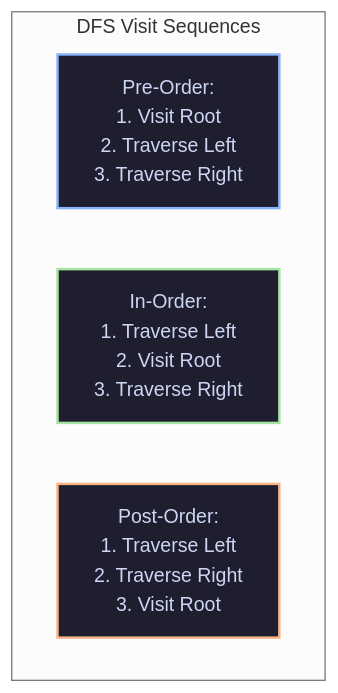
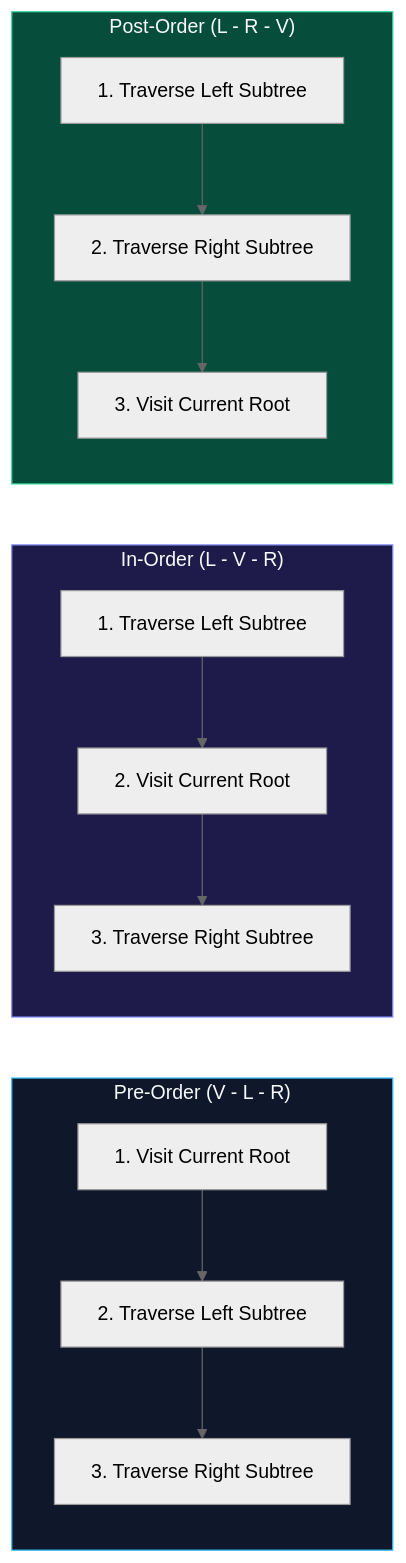
Before and after one commit to 1345AbhishekKumar/cs-cookbook: the fifth of 10 diagrams in content/docs/dsa/02-trees-heaps-and-core-patterns/01-binary-trees-and-traversals.mdx, drawn with Mermaid (neutral theme). The commit also changed other lines of this file and 211 other files, not shown here.

````diff
--- a/content/docs/dsa/02-trees-heaps-and-core-patterns/01-binary-trees-and-traversals.mdx
+++ b/content/docs/dsa/02-trees-heaps-and-core-patterns/01-binary-trees-and-traversals.mdx
@@ -84,12 +216,21 @@
 ```mermaid
-flowchart TD
-    subgraph Orderings["DFS Visit Sequences"]
-        direction LR
-        PR["Pre-Order:\n1. Visit Root\n2. Traverse Left\n3. Traverse Right"]
-        IN["In-Order:\n1. Traverse Left\n2. Visit Root\n3. Traverse Right"]
-        PO["Post-Order:\n1. Traverse Left\n2. Traverse Right\n3. Visit Root"]
+flowchart LR
+    subgraph Pre["Pre-Order (V - L - R)"]
+        direction TB
+        P1["1. Visit Current Root"] --> P2["2. Traverse Left Subtree"] --> P3["3. Traverse Right Subtree"]
     end
-    style PR fill:#1e1e2e,stroke:#89b4fa,stroke-width:2px,color:#cdd6f4
-    style IN fill:#1e1e2e,stroke:#a6e3a1,stroke-width:2px,color:#cdd6f4
-    style PO fill:#1e1e2e,stroke:#fab387,stroke-width:2px,color:#cdd6f4
+
+    subgraph In["In-Order (L - V - R)"]
+        direction TB
+        I1["1. Traverse Left Subtree"] --> I2["2. Visit Current Root"] --> I3["3. Traverse Right Subtree"]
+    end
+
+    subgraph Post["Post-Order (L - R - V)"]
+        direction TB
+        O1["1. Traverse Left Subtree"] --> O2["2. Traverse Right Subtree"] --> O3["3. Visit Current Root"]
+    end
+
+    style Pre fill:#0f172a,stroke:#38bdf8,stroke-width:1px,color:#f8fafc
+    style In fill:#1e1b4b,stroke:#818cf8,stroke-width:1px,color:#f8fafc
+    style Post fill:#064e3b,stroke:#34d399,stroke-width:1px,color:#f8fafc
 ```
````
